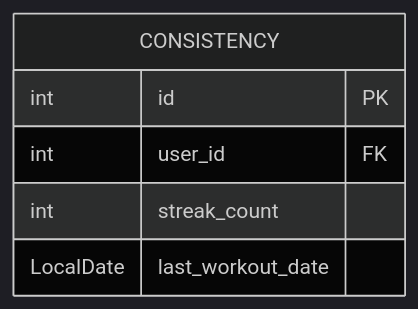
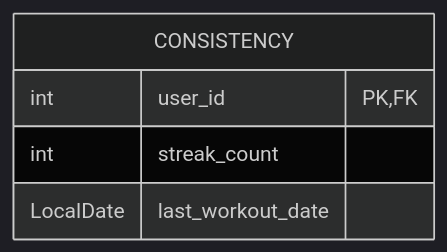
Before and after one commit to pramiss/pramiss.github.io: the third of 6 diagrams in _posts/2024-11-15-consistency-logic.md, drawn with Mermaid (dark theme). The commit also changed other lines of this file and 4 other files, not shown here.

````diff
--- a/_posts/2024-11-15-consistency-logic.md
+++ b/_posts/2024-11-15-consistency-logic.md
@@ -50,9 +50,8 @@
 ```mermaid
 erDiagram
     CONSISTENCY {
-        int id PK
-        int user_id FK
+        int user_id PK,FK
         int streak_count
         LocalDate last_workout_date
     }
 ```
````
